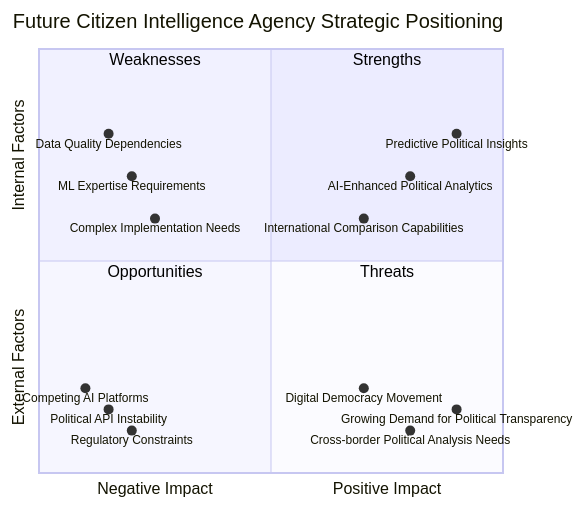
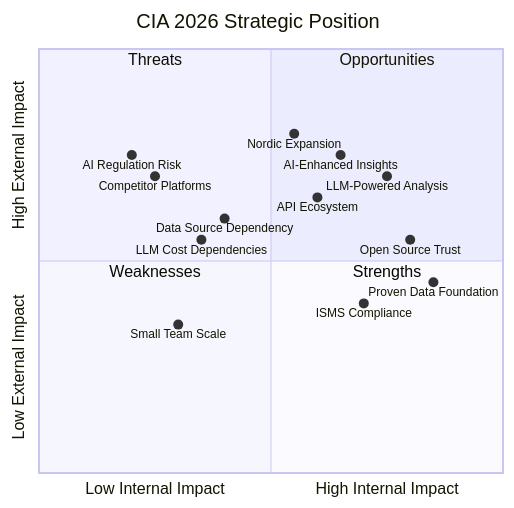
Before and after one commit to Hack23/cia: the first of 3 diagrams in FUTURE_SWOT.md, drawn with Mermaid. The commit also changed other lines of this file and 5 other files, not shown here.

Commit message:
docs: update FUTURE_ARCHITECTURE, FUTURE_DATA_MODEL, FUTURE_FLOWCHART, FUTURE_MINDMAP, FUTURE_STATEDIAGRAM, FUTURE_SWOT with 2026-2037 roadmap

````diff
--- a/FUTURE_SWOT.md
+++ b/FUTURE_SWOT.md
@@ -33,23 +25,22 @@
 ```mermaid
-%%{init: {"quadrantChart": {"quadrant1Fill": "#2ecc71", "quadrant2Fill":  "#e74c3c", "quadrant3Fill": "#3498db", "quadrant4Fill": "#f39c12"}, "themeVariables": {"quadrant1TextFill": "#000000", "quadrant2TextFill":  "#000000", "quadrant3TextFill": "#000000", "quadrant4TextFill": "#000000"}}}%%
 quadrantChart
-    title Future Citizen Intelligence Agency Strategic Positioning
-    x-axis Negative Impact --> Positive Impact
-    y-axis External Factors --> Internal Factors
-    quadrant-1 Strengths
-    quadrant-2 Weaknesses
-    quadrant-3 Opportunities
-    quadrant-4 Threats
-    AI-Enhanced Political Analytics:  [0.80, 0.70]
-    Predictive Political Insights: [0.90, 0.80]
-    International Comparison Capabilities: [0.70, 0.60]
-    ML Expertise Requirements: [0.20, 0.70]
-    Data Quality Dependencies: [0.15, 0.80]
-    Complex Implementation Needs: [0.25, 0.60]
-    Growing Demand for Political Transparency: [0.90, 0.15]
-    Cross-border Political Analysis Needs: [0.80, 0.10]
-    Digital Democracy Movement:  [0.70, 0.20]
-    Political API Instability: [0.15, 0.15]
-    Competing AI Platforms: [0.10, 0.20]
-    Regulatory Constraints: [0.20, 0.10]
+    title CIA 2026 Strategic Position
+    x-axis Low Internal Impact --> High Internal Impact
+    y-axis Low External Impact --> High External Impact
+    quadrant-1 Opportunities
+    quadrant-2 Threats
+    quadrant-3 Weaknesses
+    quadrant-4 Strengths
+    LLM-Powered Analysis: [0.75, 0.70]
+    Open Source Trust: [0.80, 0.55]
+    Proven Data Foundation: [0.85, 0.45]
+    ISMS Compliance: [0.70, 0.40]
+    Nordic Expansion: [0.55, 0.80]
+    AI-Enhanced Insights: [0.65, 0.75]
+    API Ecosystem: [0.60, 0.65]
+    Small Team Scale: [0.30, 0.35]
+    LLM Cost Dependencies: [0.35, 0.55]
+    Competitor Platforms: [0.25, 0.70]
+    AI Regulation Risk: [0.20, 0.75]
+    Data Source Dependency: [0.40, 0.60]
 ```
````
